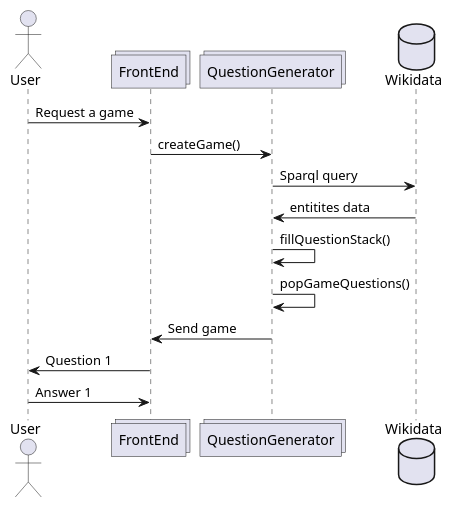
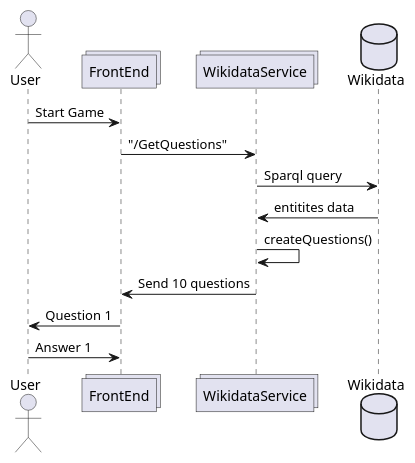
The third of 3 diagrams in docs/src/06_runtime_view.adoc (UO289930/wiq_en3a), drawn with PlantUML before and after one commit. The commit also changed other lines of this file, not shown here.

Commit message:
update part 6 of the docs

```diff
--- a/docs/src/06_runtime_view.adoc
+++ b/docs/src/06_runtime_view.adoc
@@ -52,17 +51,16 @@
 [plantuml,"WikiData diagram",png]
 ----
 actor User
 collections FrontEnd
-collections QuestionGenerator
+collections WikidataService
 database Wikidata
 
-User -> FrontEnd: Request a game
-FrontEnd -> QuestionGenerator: createGame()
-QuestionGenerator-> Wikidata: Sparql query
-Wikidata-> QuestionGenerator : entitites data
-QuestionGenerator-> QuestionGenerator: fillQuestionStack()
-QuestionGenerator-> QuestionGenerator: popGameQuestions()
-QuestionGenerator-> FrontEnd: Send game
+User -> FrontEnd: Start Game
+FrontEnd -> WikidataService: "/GetQuestions"
+WikidataService-> Wikidata: Sparql query
+Wikidata-> WikidataService : entitites data
+WikidataService-> WikidataService: createQuestions()
+WikidataService-> FrontEnd: Send 10 questions
 FrontEnd -> User: Question 1
 User-> FrontEnd: Answer 1
 ----
```
